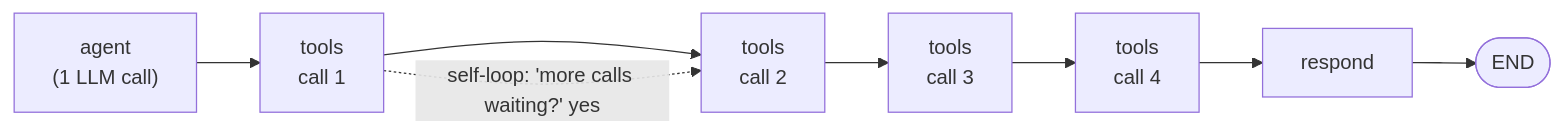
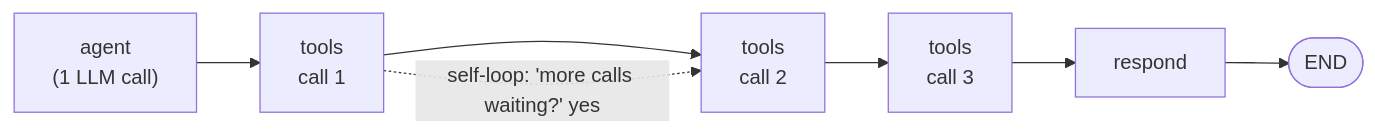
Before and after one commit to yeturu-surya-fission/Expense_Tracker: the fifth of 6 diagrams in docs/STATE_GRAPH.md, drawn with Mermaid. The commit also changed other lines of this file and 3 other files, not shown here.

Commit message:
state diagram added

````diff
--- a/docs/STATE_GRAPH.md
+++ b/docs/STATE_GRAPH.md
@@ -148,5 +144,5 @@
 ```mermaid
 flowchart LR
-    A["agent<br/>(1 LLM call)"] --> T1["tools<br/>call 1"] --> T2["tools<br/>call 2"] --> T3["tools<br/>call 3"] --> T4["tools<br/>call 4"] --> R["respond"] --> E([END])
+    A["agent<br/>(1 LLM call)"] --> T1["tools<br/>call 1"] --> T2["tools<br/>call 2"] --> T3["tools<br/>call 3"] --> R["respond"] --> E([END])
     T1 -. "self-loop: 'more calls waiting?' yes" .-> T2
 ```
````
